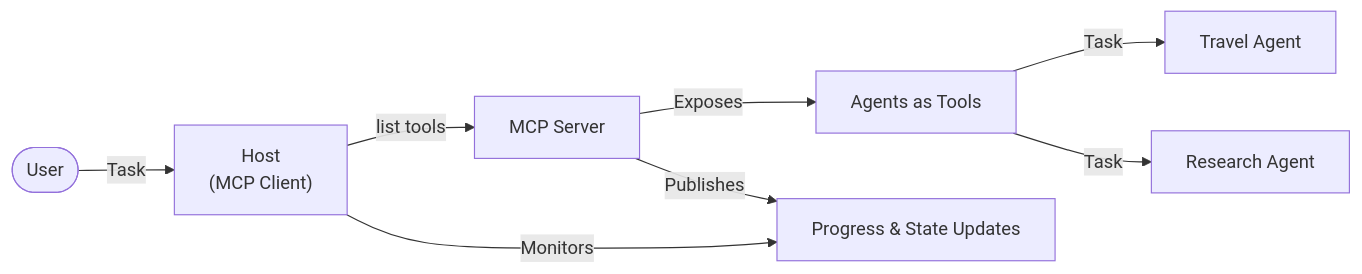
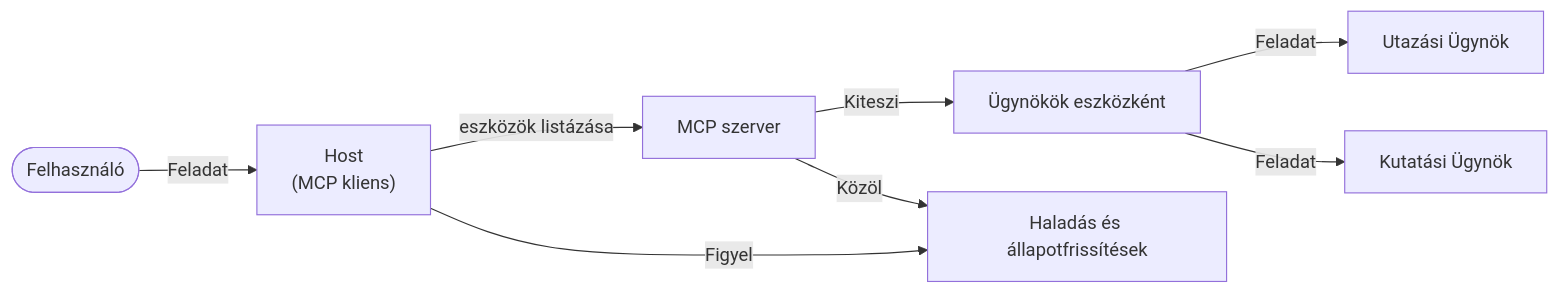
One commit to microsoft/ai-agents-for-beginners changed the fifth of 5 diagrams in translations/hu/11-agentic-protocols/code_samples/mcp-agents/README.md. Above: the diagram before and after it, drawn with Mermaid. The commit also changed other lines of this file and 222 other files, not shown here.

````diff
--- a/translations/hu/11-agentic-protocols/code_samples/mcp-agents/README.md
+++ b/translations/hu/11-agentic-protocols/code_samples/mcp-agents/README.md
@@ -433,15 +433,15 @@
 ```mermaid
 graph LR
-    User([User]) -->|"Task"| Host["Host<br/>(MCP Client)"]
-    Host -->|list tools| Server[MCP Server]
-    Server -->|Exposes| AgentsTools[Agents as Tools]
-    AgentsTools -->|Task| AgentA[Travel Agent]
-    AgentsTools -->|Task| AgentB[Research Agent]
+    User([Felhasználó]) -->|"Feladat"| Host["Host<br/>(MCP kliens)"]
+    Host -->|eszközök listázása| Server[MCP szerver]
+    Server -->|Kiteszi| AgentsTools[Ügynökök eszközként]
+    AgentsTools -->|Feladat| AgentA[Utazási Ügynök]
+    AgentsTools -->|Feladat| AgentB[Kutatási Ügynök]
 
-    Host -->|Monitors| StateUpdates[Progress & State Updates]
-    Server -->|Publishes| StateUpdates
+    Host -->|Figyel| StateUpdates[Haladás és állapotfrissítések]
+    Server -->|Közöl| StateUpdates
 
     class User user;
     class AgentA,AgentB agent;
     class Host,Server,StateUpdates core;
 ```
````
